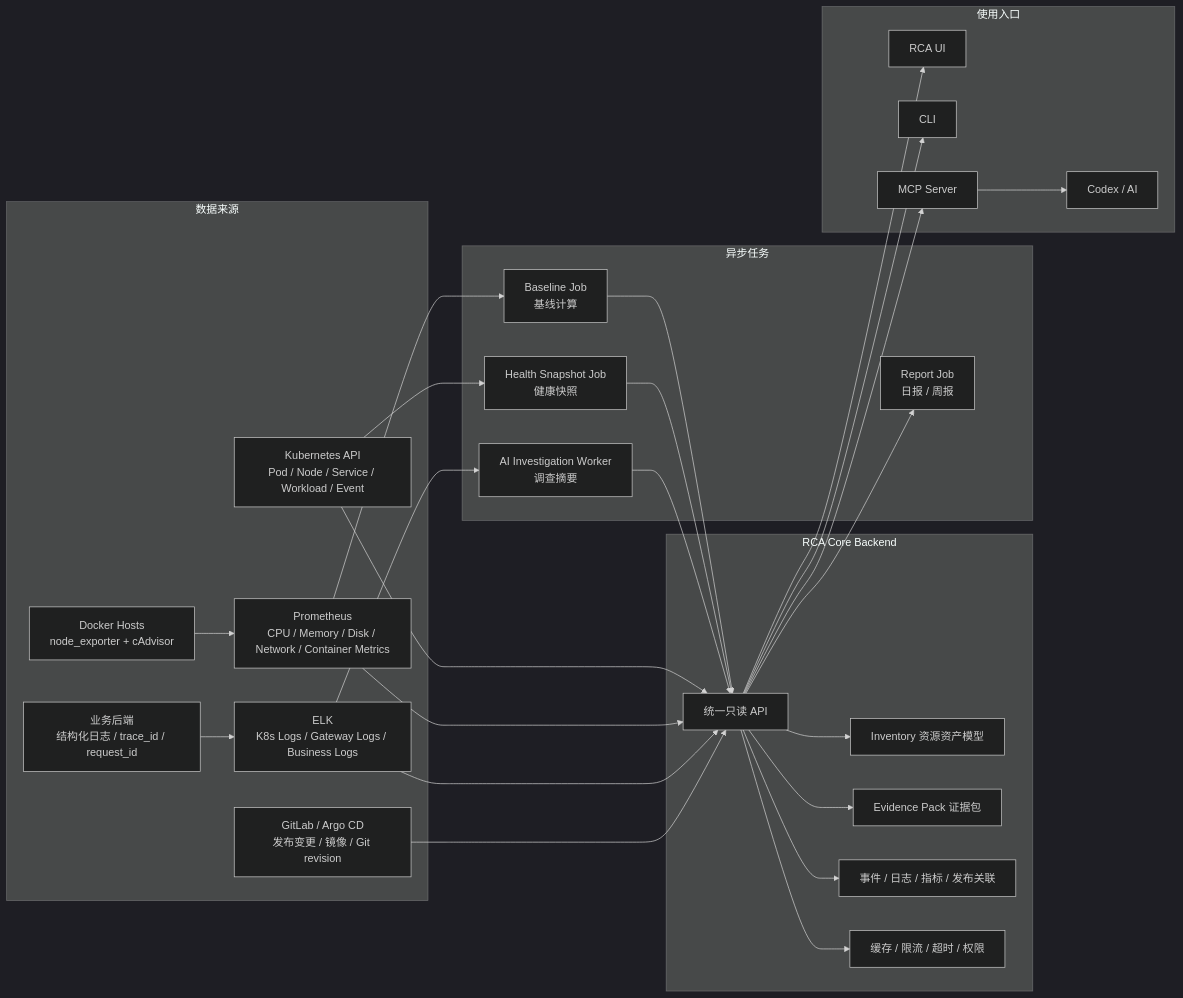
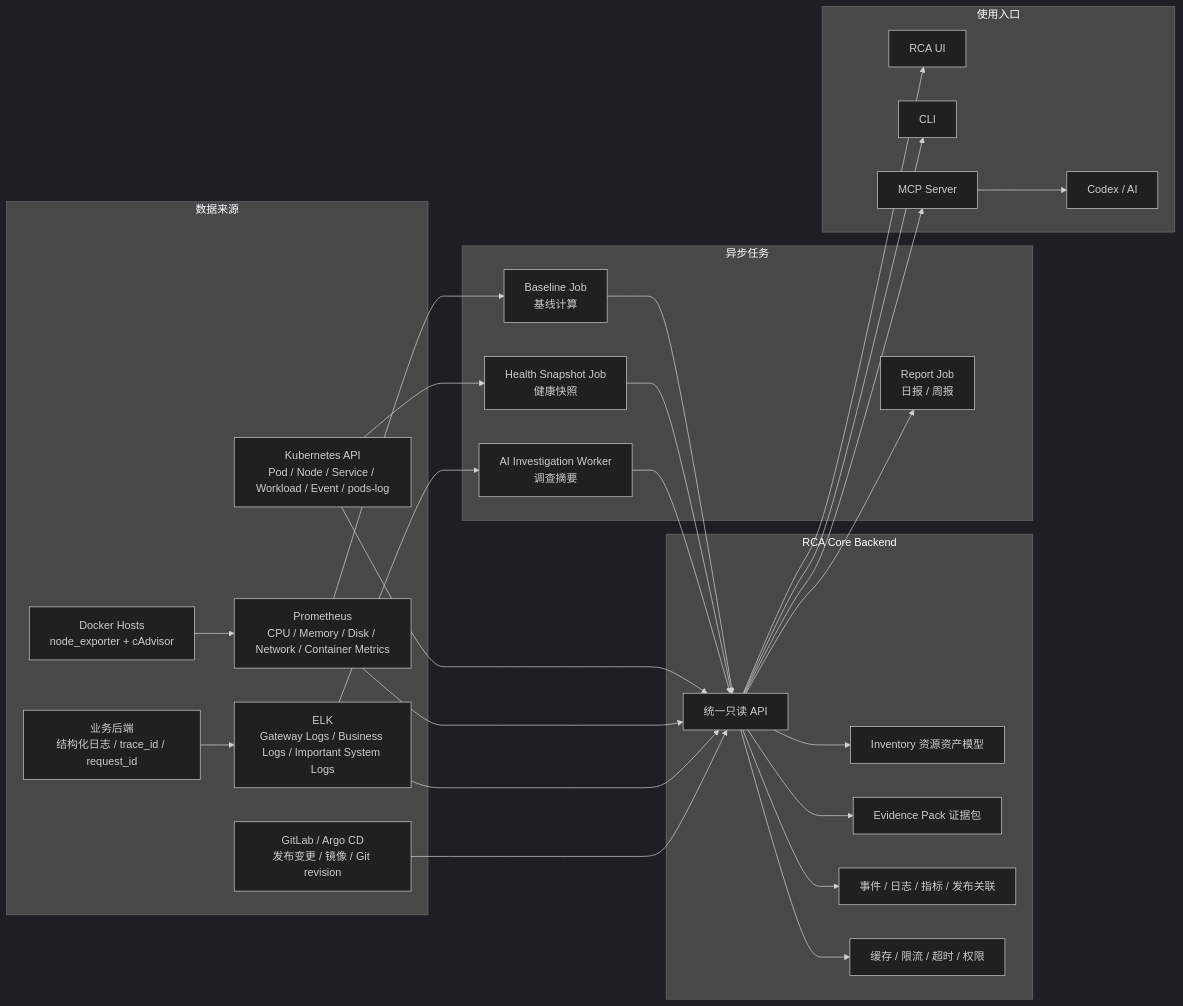
The diagram in docs/cn/slim_ops_architecture.md (hoplist/ai-opspilot), drawn with Mermaid (dark theme) before and after one commit. The commit also changed other lines of this file and 15 other files, not shown here.

Commit message:
docs: align slim RCA architecture

````diff
--- a/docs/cn/slim_ops_architecture.md
+++ b/docs/cn/slim_ops_architecture.md
@@ -39,58 +42,58 @@
 ```mermaid
 flowchart LR
     subgraph Sources["数据来源"]
-        K8S["Kubernetes API<br/>Pod / Node / Service / Workload / Event"]
+        K8S["Kubernetes API<br/>Pod / Node / Service / Workload / Event / pods-log"]
         PROM["Prometheus<br/>CPU / Memory / Disk / Network / Container Metrics"]
-        ELK["ELK<br/>K8s Logs / Gateway Logs / Business Logs"]
+        ELK["ELK<br/>Gateway Logs / Business Logs / Important System Logs"]
         DOCKER["Docker Hosts<br/>node_exporter + cAdvisor"]
         BIZ["业务后端<br/>结构化日志 / trace_id / request_id"]
         REL["GitLab / Argo CD<br/>发布变更 / 镜像 / Git revision"]
     end
 
     subgraph Core["RCA Core Backend"]
         API["统一只读 API"]
         INV["Inventory 资源资产模型"]
         EVI["Evidence Pack 证据包"]
         CORR["事件 / 日志 / 指标 / 发布关联"]
         CACHE["缓存 / 限流 / 超时 / 权限"]
     end
 
     subgraph Workers["异步任务"]
         BASE["Baseline Job<br/>基线计算"]
         SNAP["Health Snapshot Job<br/>健康快照"]
         REPORT["Report Job<br/>日报 / 周报"]
         AIW["AI Investigation Worker<br/>调查摘要"]
     end
 
     subgraph Entry["使用入口"]
         UI["RCA UI"]
         CLI["CLI"]
         MCP["MCP Server"]
         AI["Codex / AI"]
     end
 
     K8S --> API
     PROM --> API
     ELK --> API
     DOCKER --> PROM
     BIZ --> ELK
     REL --> API
 
     API --> INV
     API --> EVI
     API --> CORR
     API --> CACHE
 
     API --> UI
     API --> CLI
     API --> MCP
     MCP --> AI
 
     PROM --> BASE
     K8S --> SNAP
     ELK --> AIW
     API --> REPORT
     BASE --> API
     SNAP --> API
     AIW --> API
 ```
````
